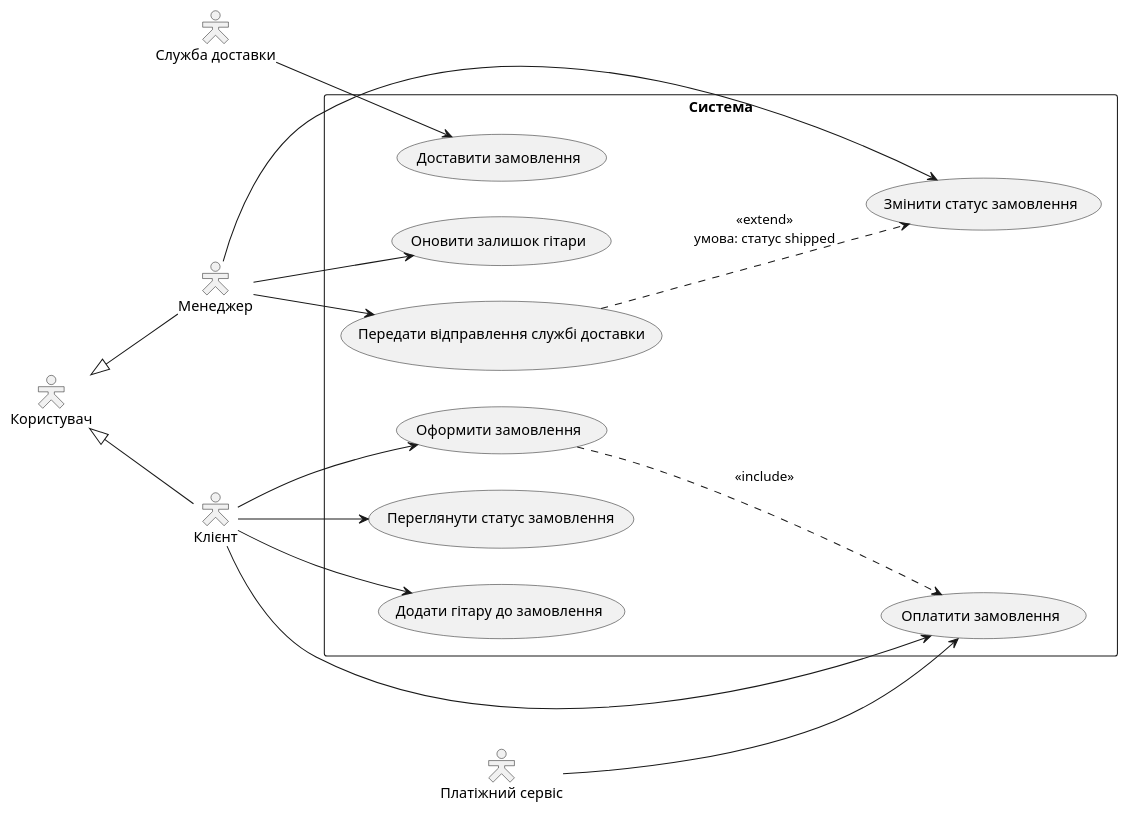
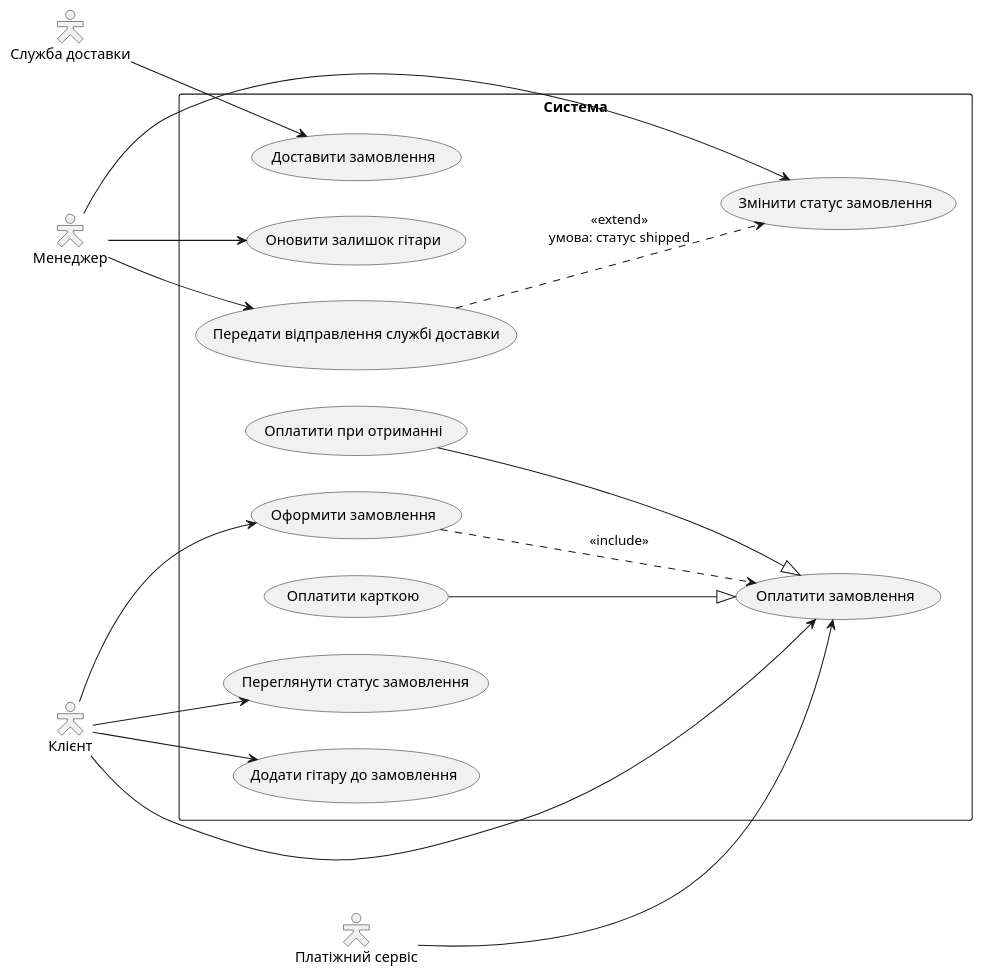
The diagram in lab2/usecase.puml (skhtrntyjt/KPI2), drawn with PlantUML before and after one commit.

Commit message:
Add payment use cases for card and cash
Added payment options for card and cash on delivery.

```diff
--- a/lab2/usecase.puml
+++ b/lab2/usecase.puml
@@ -1,42 +1,44 @@
 @startuml
 left to right direction
 
 skinparam actorStyle hollow
 
-actor Користувач
 actor Клієнт
 actor Менеджер
 actor "Платіжний сервіс" as PaymentService
 actor "Служба доставки" as DeliveryService
 
-Користувач <|-- Клієнт
-Користувач <|-- Менеджер
+
 
 rectangle "Система" {
     usecase "Додати гітару до замовлення" as UC1
     usecase "Оформити замовлення" as UC2
     usecase "Оплатити замовлення" as UC3
     usecase "Переглянути статус замовлення" as UC4
     usecase "Змінити статус замовлення" as UC5
     usecase "Оновити залишок гітари" as UC6
     usecase "Доставити замовлення" as UC7
     usecase "Передати відправлення службі доставки" as UC8
+    usecase "Оплатити карткою" as UC9
+    usecase "Оплатити при отриманні" as UC10
 
     UC2 ..> UC3 : <<include>>
     UC8 ..> UC5 : <<extend>>\nумова: статус shipped
+    UC9 --|> UC3
+    UC10 --|> UC3
 }
 
 Клієнт --> UC1
 Клієнт --> UC2
 Клієнт --> UC3
 Клієнт --> UC4
 
 Менеджер --> UC5
 Менеджер --> UC6
 Менеджер --> UC8
 
 PaymentService --> UC3
 
 DeliveryService --> UC7
 
 @enduml
```
